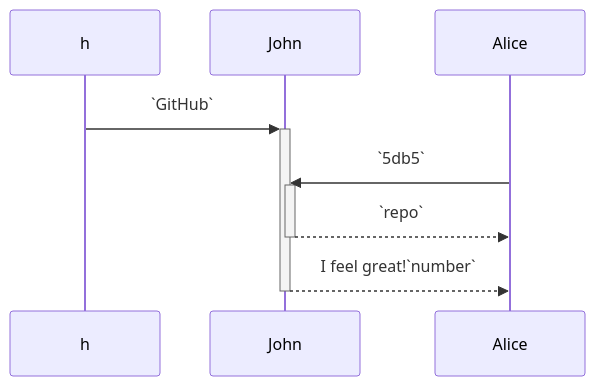
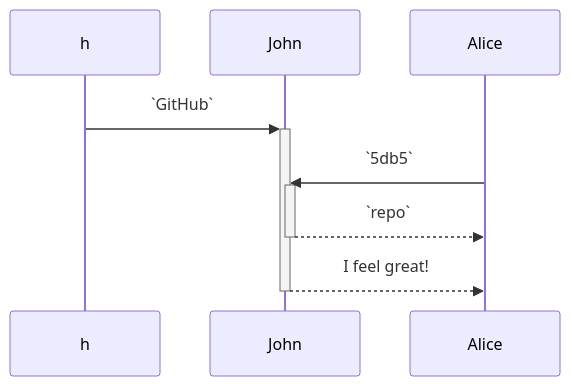
One commit to Noaozer/NoaRepo changed the first of 4 diagrams in .swm/860qfwrre.2b9fg.sw.md. Above: the diagram before and after it, drawn with Mermaid. The commit also changed other lines of this file, not shown here.

Commit message:
docs(swimm): update doc: "#860qfwrre"

````diff
--- a/.swm/860qfwrre.2b9fg.sw.md
+++ b/.swm/860qfwrre.2b9fg.sw.md
@@ -9,8 +9,8 @@
 ```mermaid
 sequenceDiagram
 h->>+John: `GitHub`
 Alice->>+John: `5db5`
 John-->>-Alice: `repo`
-John-->>-Alice: I feel great!`number`
+John-->>-Alice: I feel great!
 
 ```
````
